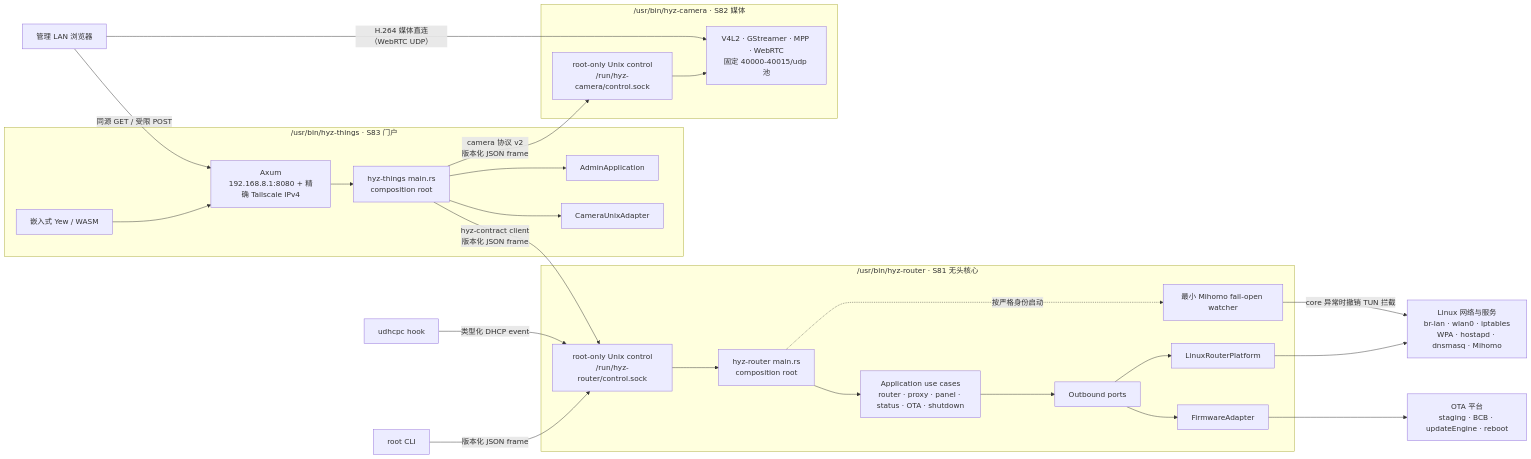
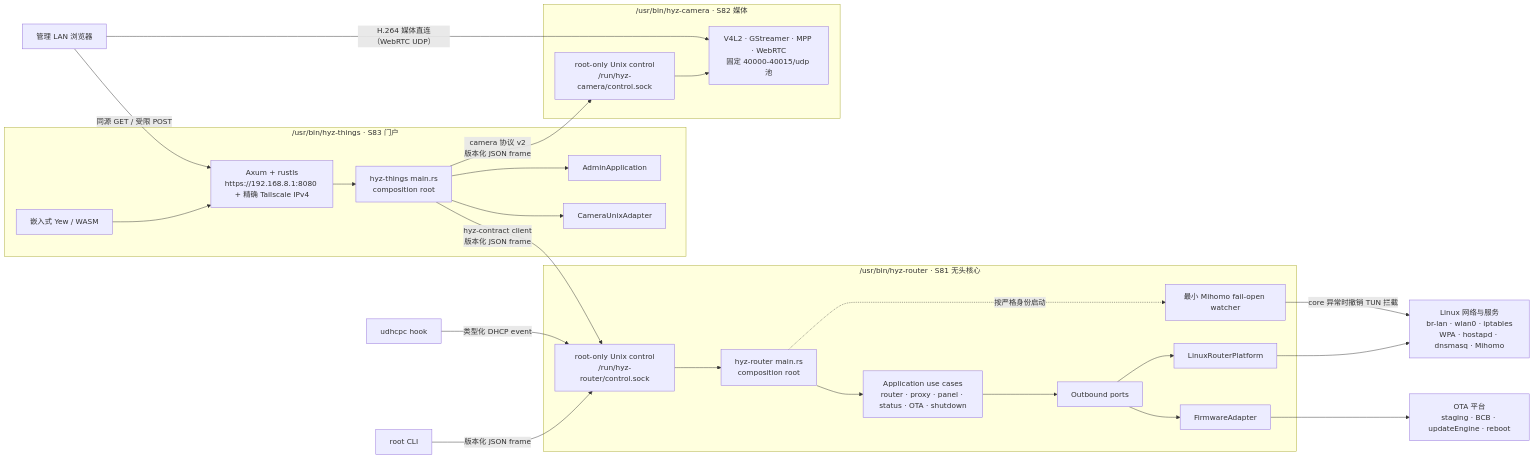
The first of 3 diagrams in docs/router.md (hyz-rk3568-sdk/hyz-things), drawn with Mermaid before and after one commit. The commit also changed other lines of this file and 8 other files, not shown here.

````diff
--- a/docs/router.md
+++ b/docs/router.md
@@ -52,53 +52,53 @@
 ```mermaid
 flowchart LR
     Browser["管理 LAN 浏览器"]
     RootCLI["root CLI"]
     UdHCPC["udhcpc hook"]
 
     subgraph Router["/usr/bin/hyz-router · S81 无头核心"]
         Socket["root-only Unix control<br/>/run/hyz-router/control.sock"]
         Runtime["hyz-router main.rs<br/>composition root"]
         UseCases["Application use cases<br/>router · proxy · panel · status · OTA · shutdown"]
         Ports["Outbound ports"]
         Linux["LinuxRouterPlatform"]
         Firmware["FirmwareAdapter"]
         Watcher["最小 Mihomo fail-open watcher"]
 
         Socket --> Runtime
         Runtime --> UseCases
         UseCases --> Ports
         Ports --> Linux
         Ports --> Firmware
         Runtime -. "按严格身份启动" .-> Watcher
     end
 
     subgraph Things["/usr/bin/hyz-things · S83 门户"]
         Web["嵌入式 Yew / WASM"]
-        HTTP["Axum<br/>192.168.8.1:8080 + 精确 Tailscale IPv4"]
+        HTTP["Axum + rustls<br/>https://192.168.8.1:8080 + 精确 Tailscale IPv4"]
         Portal["hyz-things main.rs<br/>composition root"]
         Admin["AdminApplication"]
         CamClient["CameraUnixAdapter"]
 
         Web --> HTTP
         HTTP --> Portal
         Portal --> Admin
         Portal --> CamClient
     end
 
     subgraph Camera["/usr/bin/hyz-camera · S82 媒体"]
         CamSocket["root-only Unix control<br/>/run/hyz-camera/control.sock"]
         Media["V4L2 · GStreamer · MPP · WebRTC<br/>固定 40000-40015/udp 池"]
         CamSocket --> Media
     end
 
     Browser -->|"同源 GET / 受限 POST"| HTTP
     RootCLI -->|"版本化 JSON frame"| Socket
     UdHCPC -->|"类型化 DHCP event"| Socket
     Portal -->|"hyz-contract client<br/>版本化 JSON frame"| Socket
     Portal -->|"camera 协议 v2<br/>版本化 JSON frame"| CamSocket
 
     Linux --> Net["Linux 网络与服务<br/>br-lan · wlan0 · iptables<br/>WPA · hostapd · dnsmasq · Mihomo"]
     Firmware --> OTA["OTA 平台<br/>staging · BCB · updateEngine · reboot"]
     Watcher -->|"core 异常时撤销 TUN 拦截"| Net
     Browser -->|"H.264 媒体直连（WebRTC UDP）"| Media
 ```
````
